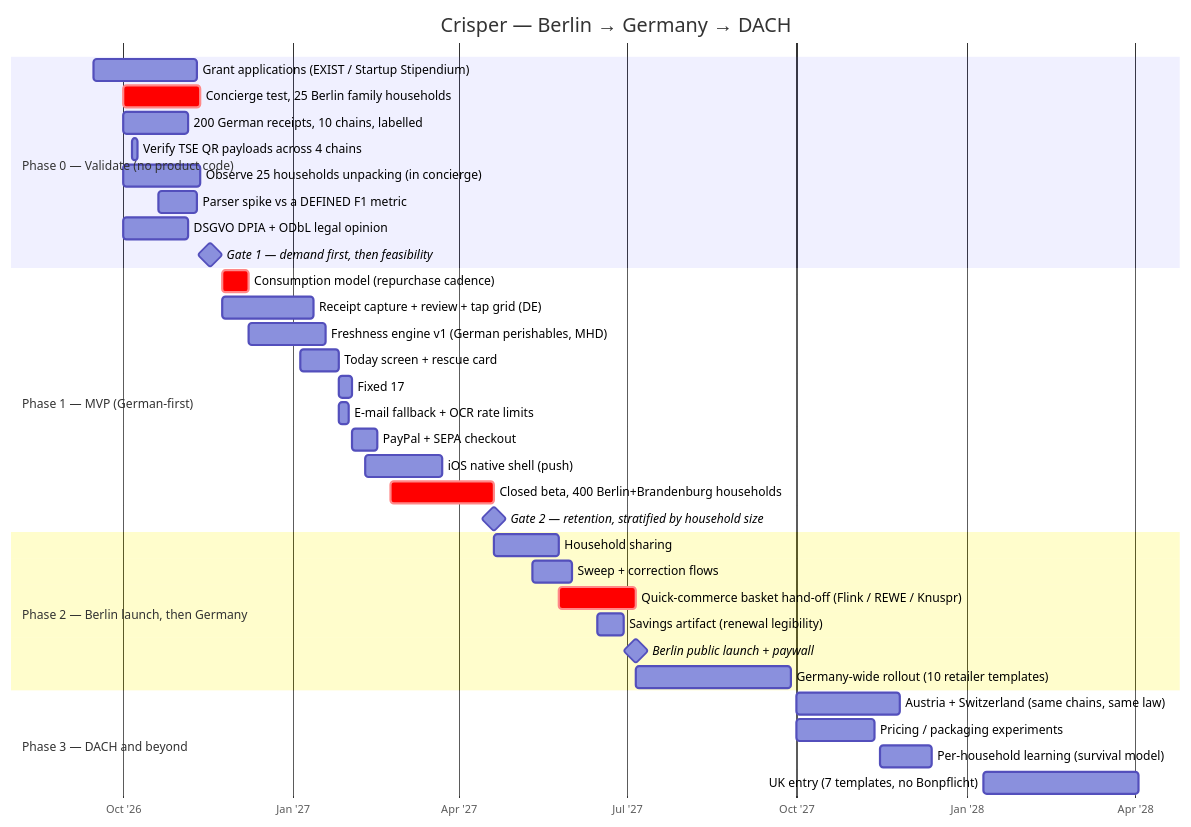
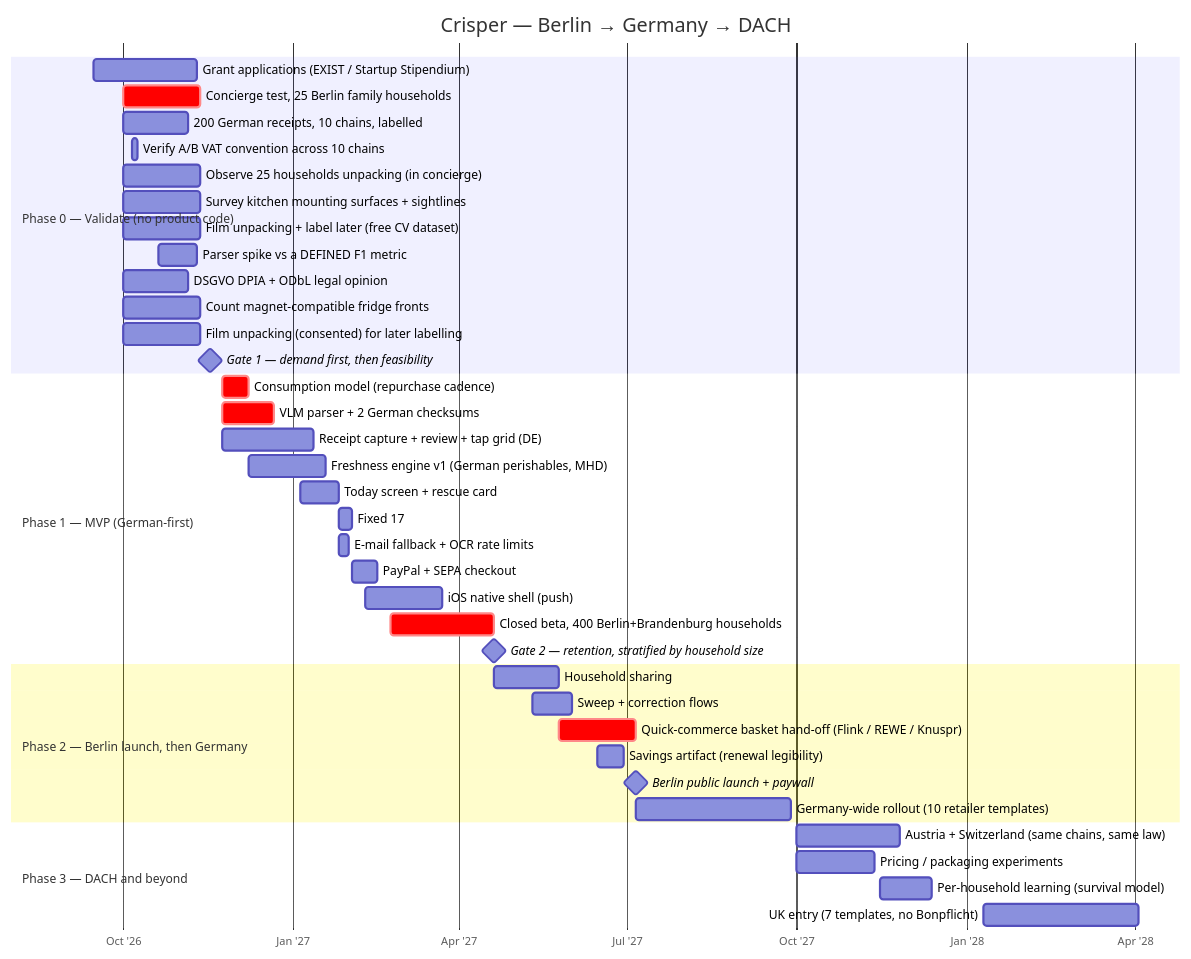
One commit to Zogoo/scrapless changed the second of 2 diagrams in docs/11-germany-berlin-market.md. Above: the diagram before and after it, drawn with Mermaid. The commit also changed other lines of this file and 9 other files, not shown here.

````diff
--- a/docs/11-germany-berlin-market.md
+++ b/docs/11-germany-berlin-market.md
@@ -305,42 +316,47 @@
 ```mermaid
 gantt
     title Crisper — Berlin → Germany → DACH
     dateFormat YYYY-MM-DD
     axisFormat %b '%y
 
     section Phase 0 — Validate (no product code)
     Grant applications (EXIST / Startup Stipendium) :p0g, 2026-09-15, 56d
     Concierge test, 25 Berlin family households     :crit, p0a, 2026-10-01, 42d
     200 German receipts, 10 chains, labelled        :p0b, 2026-10-01, 35d
-    Verify TSE QR payloads across 4 chains          :p0q, 2026-10-06, 3d
+    Verify A/B VAT convention across 10 chains      :p0q, 2026-10-06, 3d
     Observe 25 households unpacking (in concierge)  :p0u, 2026-10-01, 42d
+    Survey kitchen mounting surfaces + sightlines   :p0m, 2026-10-01, 42d
+    Film unpacking + label later (free CV dataset)  :p0v, 2026-10-01, 42d
     Parser spike vs a DEFINED F1 metric             :p0c, 2026-10-20, 21d
     DSGVO DPIA + ODbL legal opinion                 :p0d, 2026-10-01, 35d
+    Count magnet-compatible fridge fronts           :p0m, 2026-10-01, 42d
+    Film unpacking (consented) for later labelling  :p0f, 2026-10-01, 42d
     Gate 1 — demand first, then feasibility         :milestone, g1, 2026-11-17, 0d
 
     section Phase 1 — MVP (German-first)
     Consumption model (repurchase cadence)          :crit, p1z, 2026-11-24, 14d
+    VLM parser + 2 German checksums                 :crit, p1v, 2026-11-24, 28d
     Receipt capture + review + tap grid (DE)        :p1a, 2026-11-24, 49d
     Freshness engine v1 (German perishables, MHD)   :p1b, 2026-12-08, 42d
     Today screen + rescue card                      :p1c, 2027-01-05, 21d
     Fixed 17:00 send + durable counter              :p1d, 2027-01-26, 7d
     E-mail fallback + OCR rate limits               :p1g, 2027-01-26, 5d
     PayPal + SEPA checkout                          :p1p, 2027-02-02, 14d
     iOS native shell (push)                         :p1h, 2027-02-09, 42d
     Closed beta, 400 Berlin+Brandenburg households  :crit, p1f, 2027-02-23, 56d
     Gate 2 — retention, stratified by household size :milestone, g2, 2027-04-20, 0d
 
     section Phase 2 — Berlin launch, then Germany
     Household sharing                               :p2b, 2027-04-20, 35d
     Sweep + correction flows                        :p2c, 2027-05-11, 21d
     Quick-commerce basket hand-off (Flink / REWE / Knuspr) :crit, p2h, 2027-05-25, 42d
     Savings artifact (renewal legibility)           :p2f, 2027-06-15, 14d
     Berlin public launch + paywall                  :milestone, l1, 2027-07-06, 0d
     Germany-wide rollout (10 retailer templates)    :p2n, 2027-07-06, 84d
 
     section Phase 3 — DACH and beyond
     Austria + Switzerland (same chains, same law)   :p3a, 2027-10-01, 56d
     Pricing / packaging experiments                 :p3c, 2027-10-01, 42d
     Per-household learning (survival model)         :p3e, 2027-11-15, 28d
     UK entry (7 templates, no Bonpflicht)           :p3u, 2028-01-10, 84d
 ```
````
